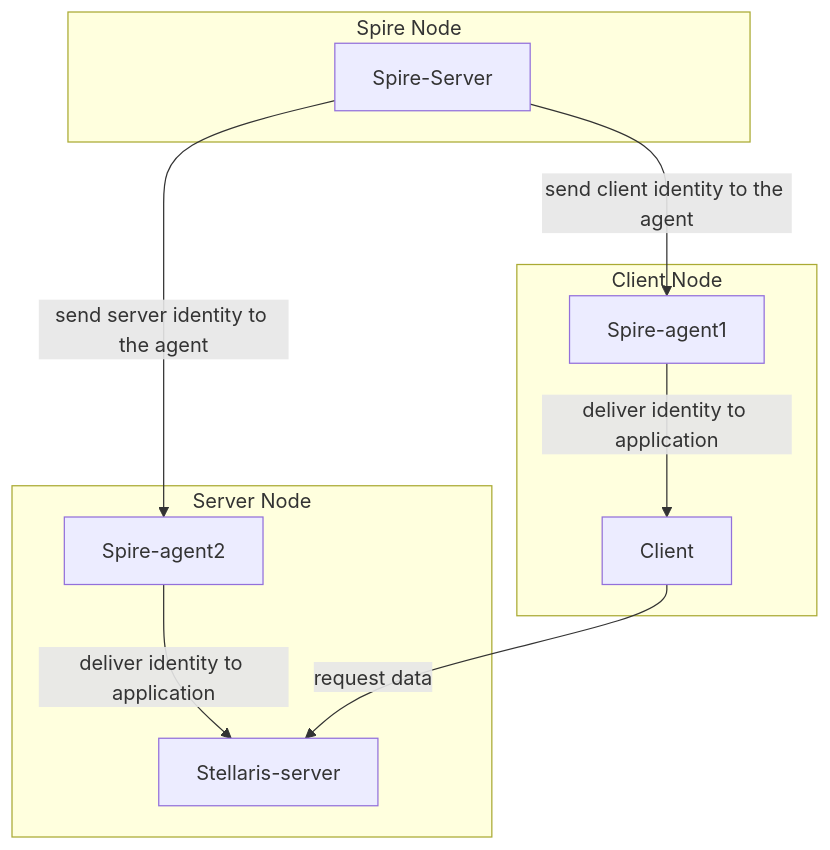
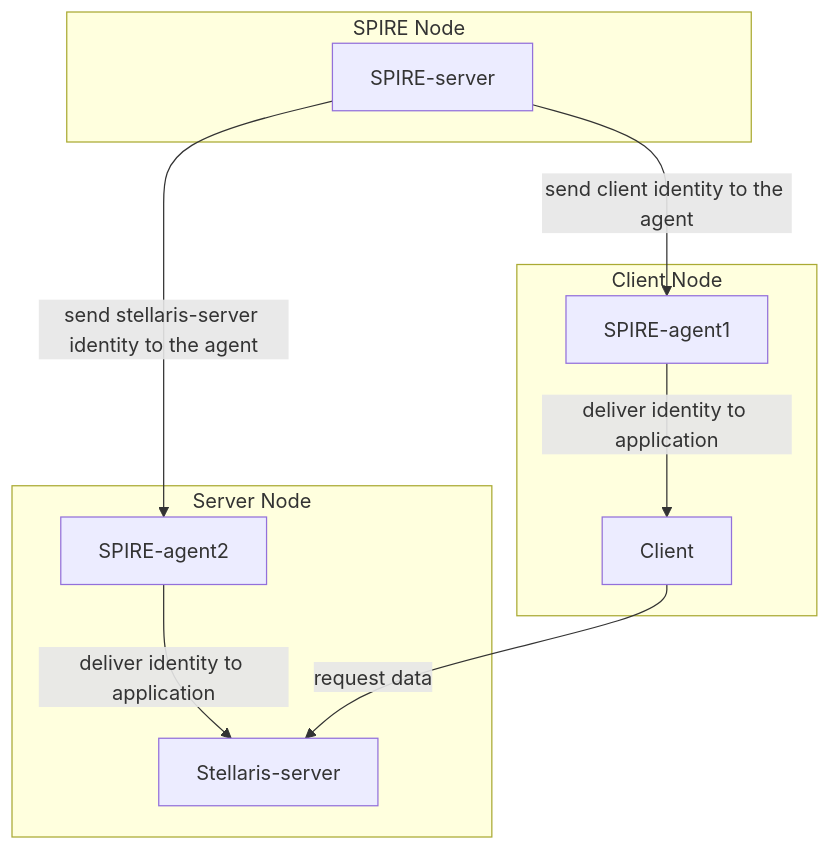
One commit to arielroque/stellaris changed the diagram in README.md. Above: the diagram before and after it, drawn with Mermaid. The commit also changed other lines of this file, not shown here.

````diff
--- a/README.md
+++ b/README.md
@@ -18,14 +43,14 @@
 ```mermaid
 flowchart TB
     subgraph Server Node
-    Spire-agent2--"deliver identity to application"-->Stellaris-server
+    SPIRE-agent2--"deliver identity to application"-->Stellaris-server
     end
-    Spire-Server--"send client identity to the agent"-->Spire-agent1
-    subgraph Spire Node
-    Spire-Server--"send server identity to the agent"-->Spire-agent2
+    SPIRE-server--"send client identity to the agent"-->SPIRE-agent1
+    subgraph SPIRE Node
+    SPIRE-server--"send stellaris-server identity to the agent"-->SPIRE-agent2
     end
     Client--"request data"-->Stellaris-server
     subgraph Client Node
-    Spire-agent1--"deliver identity to application"-->Client
+    SPIRE-agent1--"deliver identity to application"-->Client
     end
 ```
````
